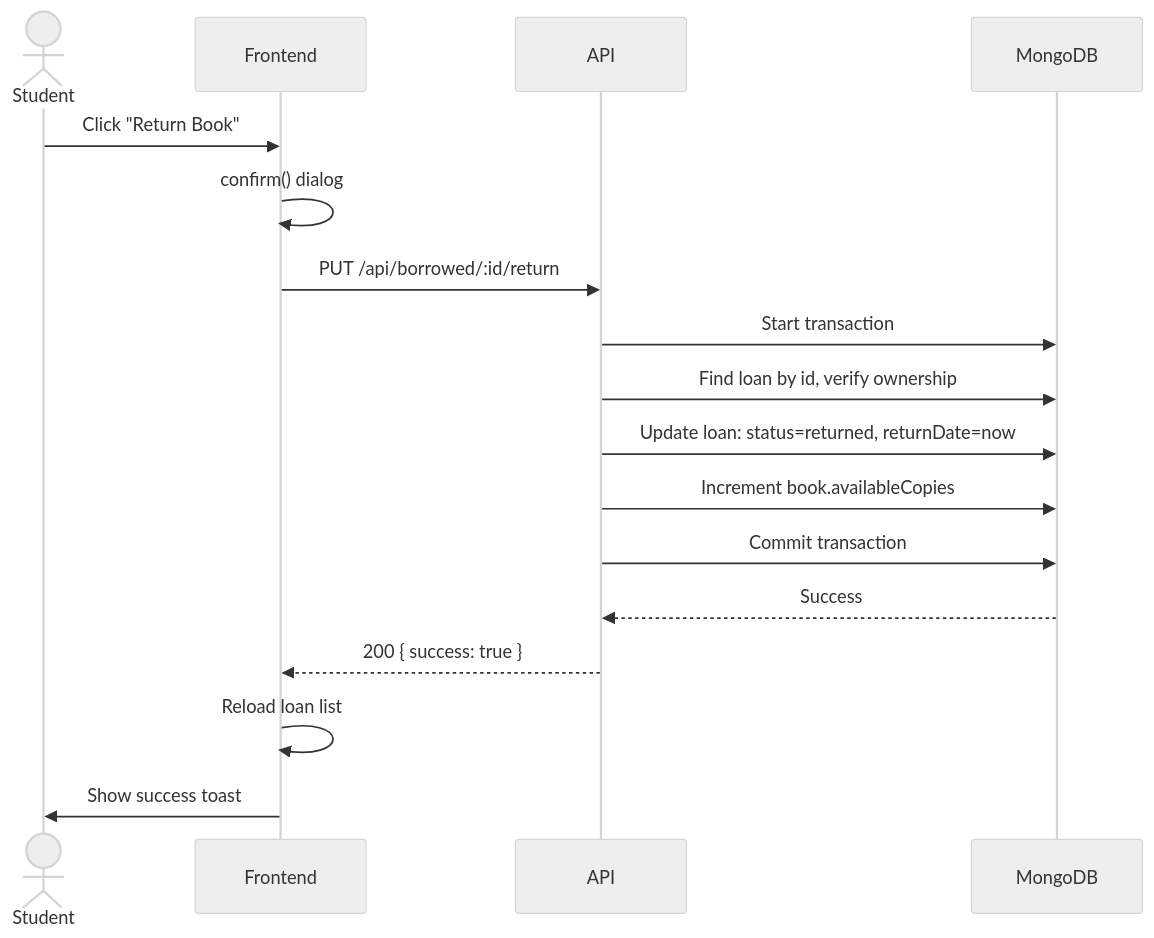
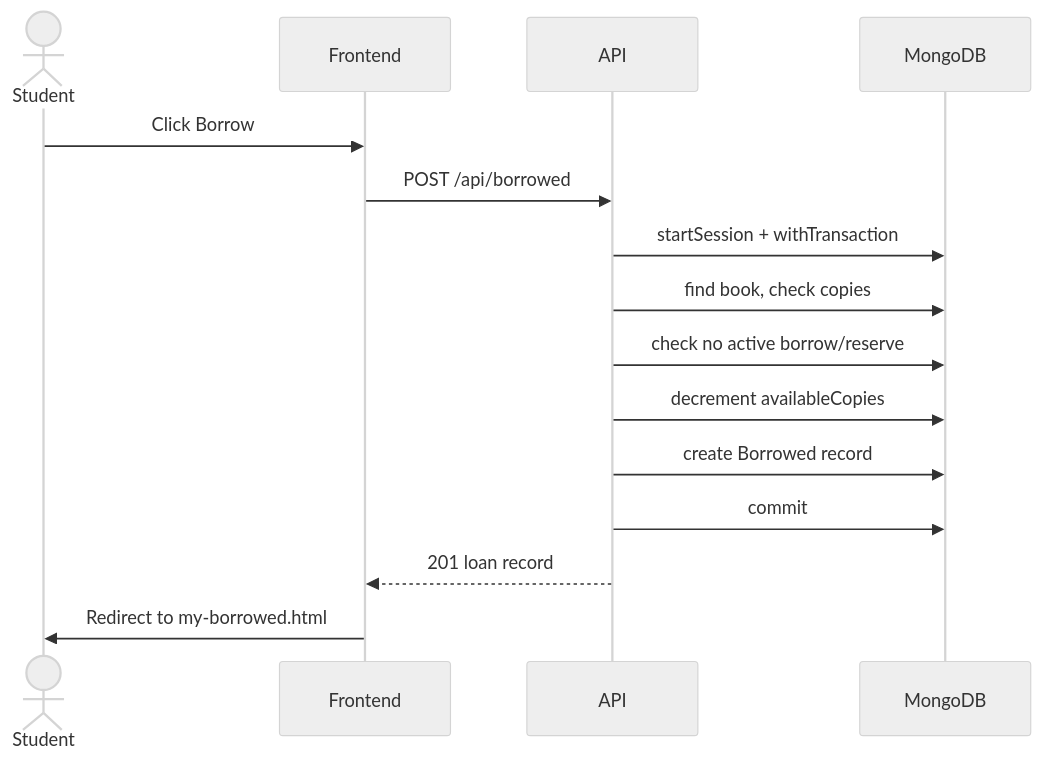
One commit to ayatkady/eelu-library-hub changed the tenth of 17 diagrams in DOCUMENTATION.md. Above: the diagram before and after it, drawn with Mermaid (neutral theme). The commit also changed other lines of this file and 21 other files, not shown here.

````diff
--- a/DOCUMENTATION.md
+++ b/DOCUMENTATION.md
@@ -1434,20 +2188,18 @@
 ```mermaid
 sequenceDiagram
     actor S as Student
     participant F as Frontend
     participant A as API
     participant DB as MongoDB
 
-    S->>F: Click "Return Book"
-    F->>F: confirm() dialog
-    F->>A: PUT /api/borrowed/:id/return
-    A->>DB: Start transaction
-    A->>DB: Find loan by id, verify ownership
-    A->>DB: Update loan: status=returned, returnDate=now
-    A->>DB: Increment book.availableCopies
-    A->>DB: Commit transaction
-    DB-->>A: Success
-    A-->>F: 200 { success: true }
-    F->>F: Reload loan list
-    F->>S: Show success toast
+    S->>F: Click Borrow
+    F->>A: POST /api/borrowed
+    A->>DB: startSession + withTransaction
+    A->>DB: find book, check copies
+    A->>DB: check no active borrow/reserve
+    A->>DB: decrement availableCopies
+    A->>DB: create Borrowed record
+    A->>DB: commit
+    A-->>F: 201 loan record
+    F->>S: Redirect to my-borrowed.html
 ```
````
